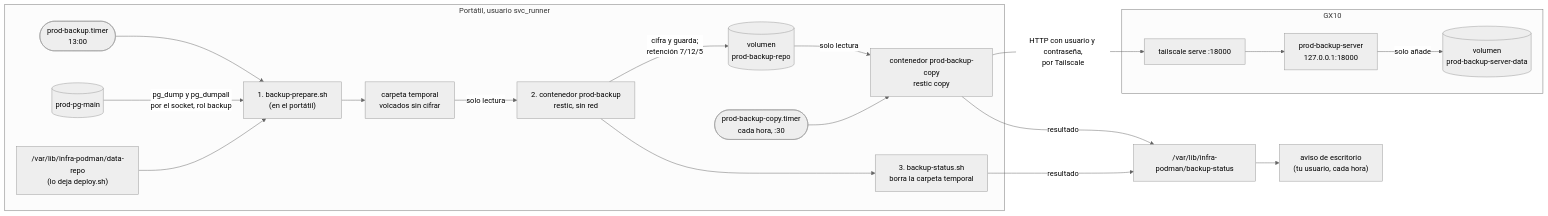
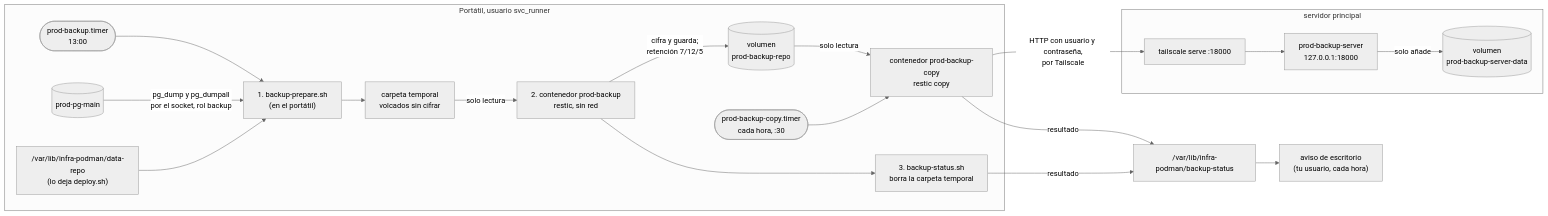
One commit to laperl/infra-podman changed the third of 3 diagrams in docs/ARCHITECTURE.md. Above: the diagram before and after it, drawn with Mermaid (neutral theme). The commit also changed other lines of this file and 26 other files, not shown here.

````diff
--- a/docs/ARCHITECTURE.md
+++ b/docs/ARCHITECTURE.md
@@ -177,22 +177,22 @@
 ```mermaid
 flowchart LR
   subgraph laptop["Portátil, usuario svc_runner"]
     t1(["prod-backup.timer<br/>13:00"]) --> pre["1. backup-prepare.sh<br/>(en el portátil)"]
     pg[("prod-pg-main")] -- "pg_dump y pg_dumpall<br/>por el socket, rol backup" --> pre
     dr["/var/lib/infra-podman/data-repo<br/>(lo deja deploy.sh)"] --> pre
     pre --> stg["carpeta temporal<br/>volcados sin cifrar"]
     stg -- "solo lectura" --> bk["2. contenedor prod-backup<br/>restic, sin red"]
     bk -- "cifra y guarda;<br/>retención 7/12/5" --> repo[("volumen<br/>prod-backup-repo")]
     bk --> post["3. backup-status.sh<br/>borra la carpeta temporal"]
     t2(["prod-backup-copy.timer<br/>cada hora, :30"]) --> cp["contenedor prod-backup-copy<br/>restic copy"]
     repo -- "solo lectura" --> cp
   end
-  subgraph gx["GX10"]
+  subgraph gx["servidor principal"]
     tsv["tailscale serve :18000"] --> rs["prod-backup-server<br/>127.0.0.1:18000"]
     rs -- "solo añade" --> vol[("volumen<br/>prod-backup-server-data")]
   end
   cp -- "HTTP con usuario y contraseña,<br/>por Tailscale" --> tsv
   post -- "resultado" --> st["/var/lib/infra-podman/backup-status"]
   cp -- "resultado" --> st
   st --> nt["aviso de escritorio<br/>(tu usuario, cada hora)"]
 ```
````
